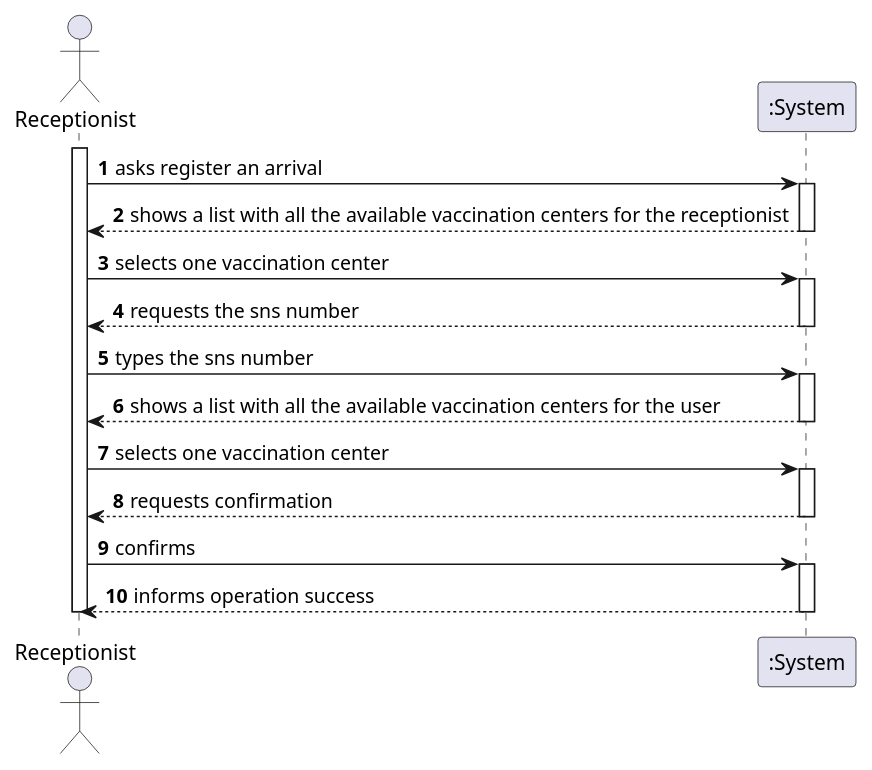
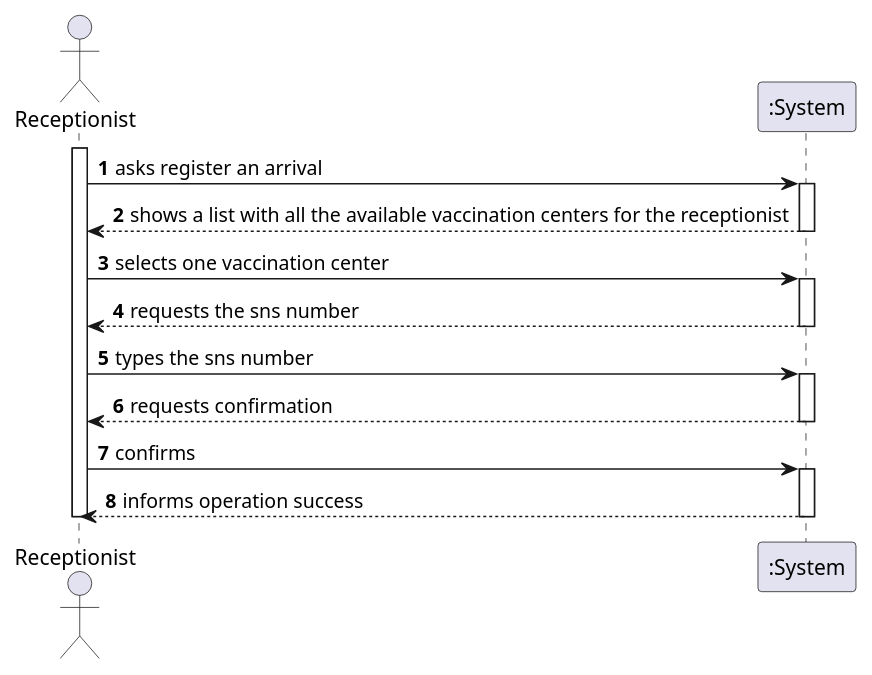
The diagram in docs/SprintC/US004/US004_SSD.puml (Pirussa/lei-22-s2-1da-g02), drawn with PlantUML before and after one commit. The commit also changed 12 other files, not shown here.

Commit message:
US004 - Design - Improvements on the all the diagrams Implementation - Changes of some methods' position (classes)

```diff
--- a/docs/SprintC/US004/US004_SSD.puml
+++ b/docs/SprintC/US004/US004_SSD.puml
@@ -1,34 +1,29 @@
 @startuml
 autonumber
 actor "Receptionist" as R
 
 activate R
 
 R -> ":System" : asks register an arrival
 activate ":System"
 ":System" --> R : shows a list with all the available vaccination centers for the receptionist
 deactivate ":System"
 
 R -> ":System" : selects one vaccination center
 activate ":System"
 ":System" --> R : requests the sns number
 deactivate ":System"
 
 R -> ":System" : types the sns number
 activate ":System"
-":System" --> R : shows a list with all the available vaccination centers for the user
-deactivate ":System"
-
-R -> ":System" : selects one vaccination center
-activate ":System"
 ":System" --> R : requests confirmation
 deactivate ":System"
 
 R -> ":System" : confirms
 activate ":System"
 ":System" --> R : informs operation success
 deactivate ":System"
 
 deactivate R
 
 @enduml
```
